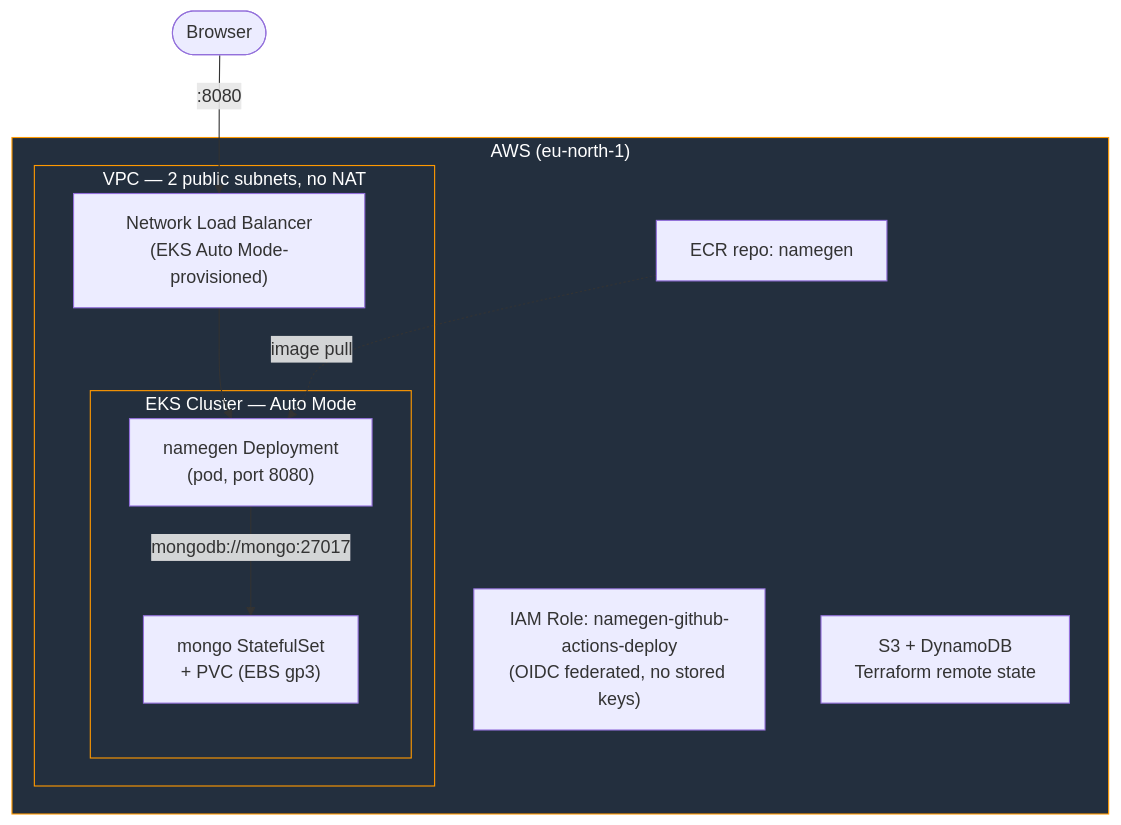
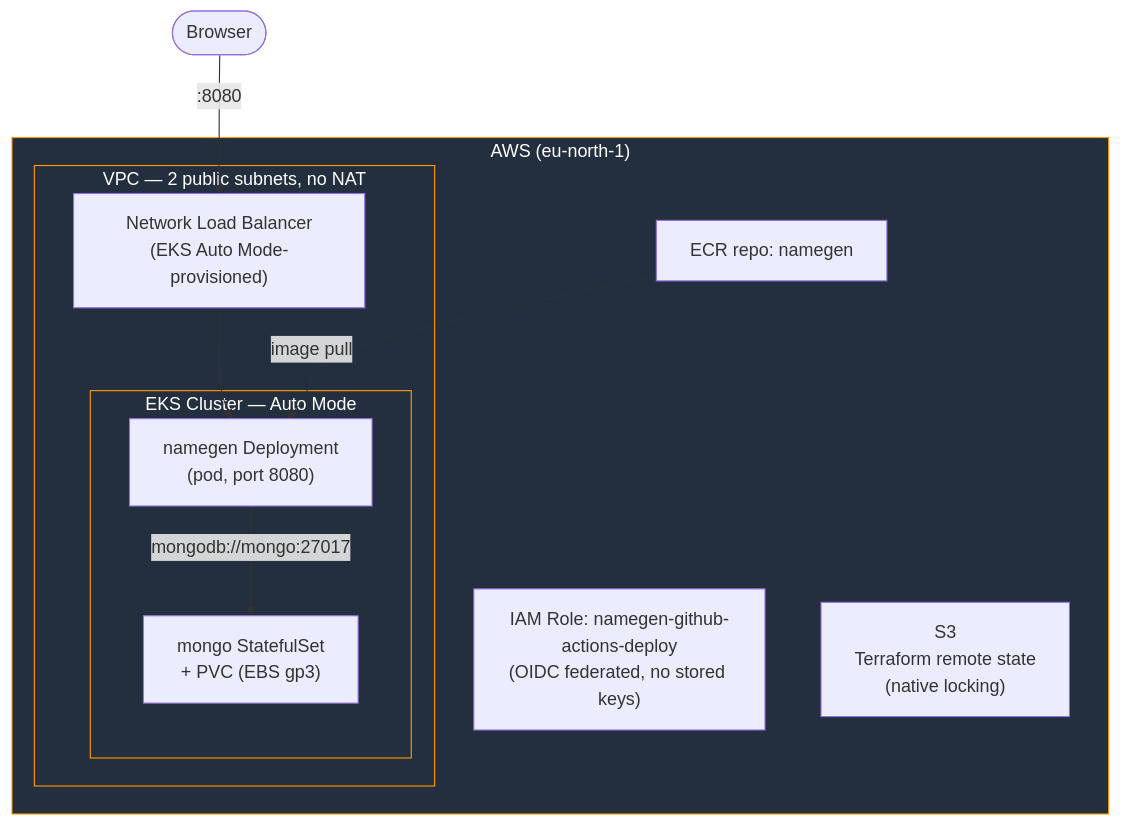
One commit to yarins0/random-name-gen-app changed the first of 2 diagrams in README.md. Above: the diagram before and after it, drawn with Mermaid. The commit also changed other lines of this file and 8 other files, not shown here.

````diff
--- a/README.md
+++ b/README.md
@@ -9,22 +9,22 @@
 ```mermaid
 flowchart TB
     subgraph AWS["AWS (eu-north-1)"]
         subgraph VPC["VPC — 2 public subnets, no NAT"]
             NLB["Network Load Balancer<br/>(EKS Auto Mode-provisioned)"]
             subgraph EKS["EKS Cluster — Auto Mode"]
                 App["namegen Deployment<br/>(pod, port 8080)"]
                 Mongo["mongo StatefulSet<br/>+ PVC (EBS gp3)"]
                 App -->|"mongodb://mongo:27017"| Mongo
             end
             NLB --> App
         end
         ECR["ECR repo: namegen"]
         OIDC["IAM Role: namegen-github-actions-deploy<br/>(OIDC federated, no stored keys)"]
-        TFState["S3 + DynamoDB<br/>Terraform remote state"]
+        TFState["S3<br/>Terraform remote state<br/>(native locking)"]
     end
     User(["Browser"]) -->|":8080"| NLB
     ECR -.->|"image pull"| App
 
     classDef aws fill:#232f3e,stroke:#ff9900,color:#fff
     class EKS,VPC,AWS aws
 ```
````
